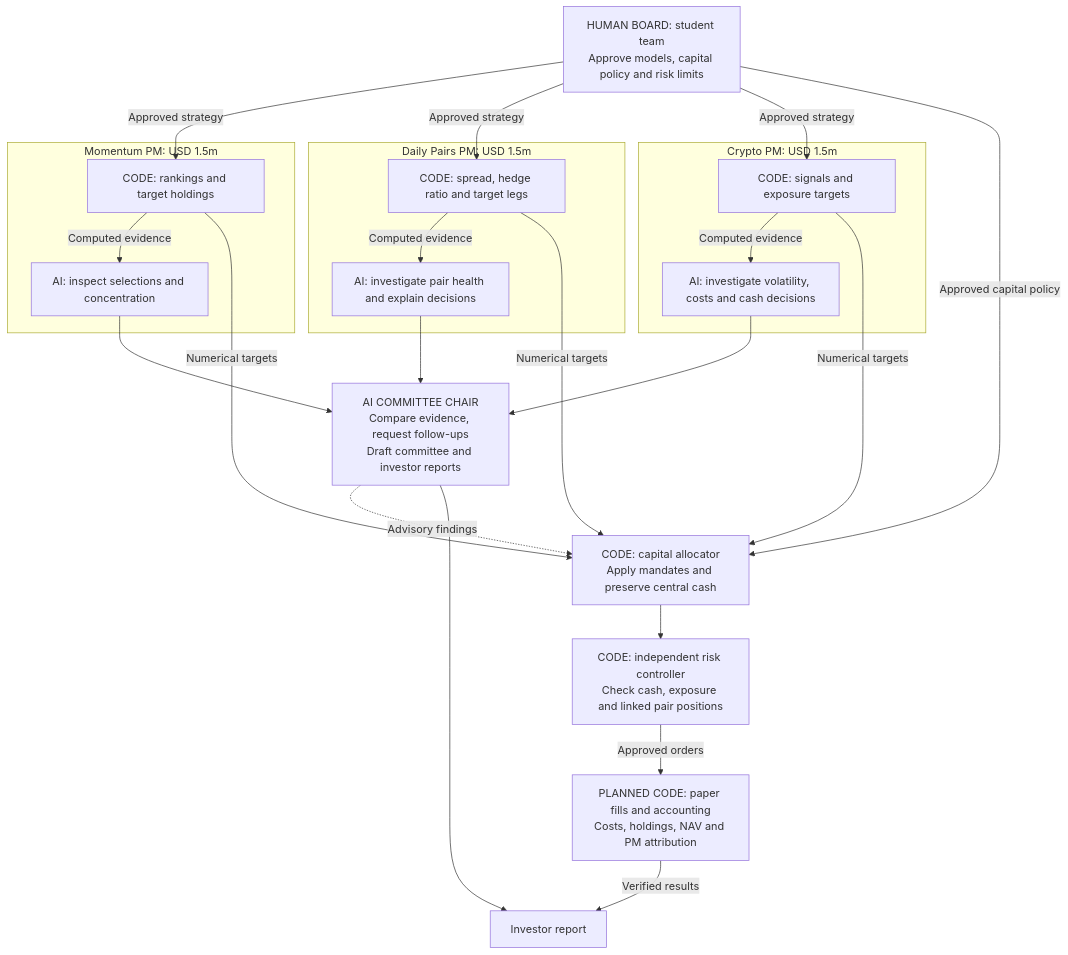
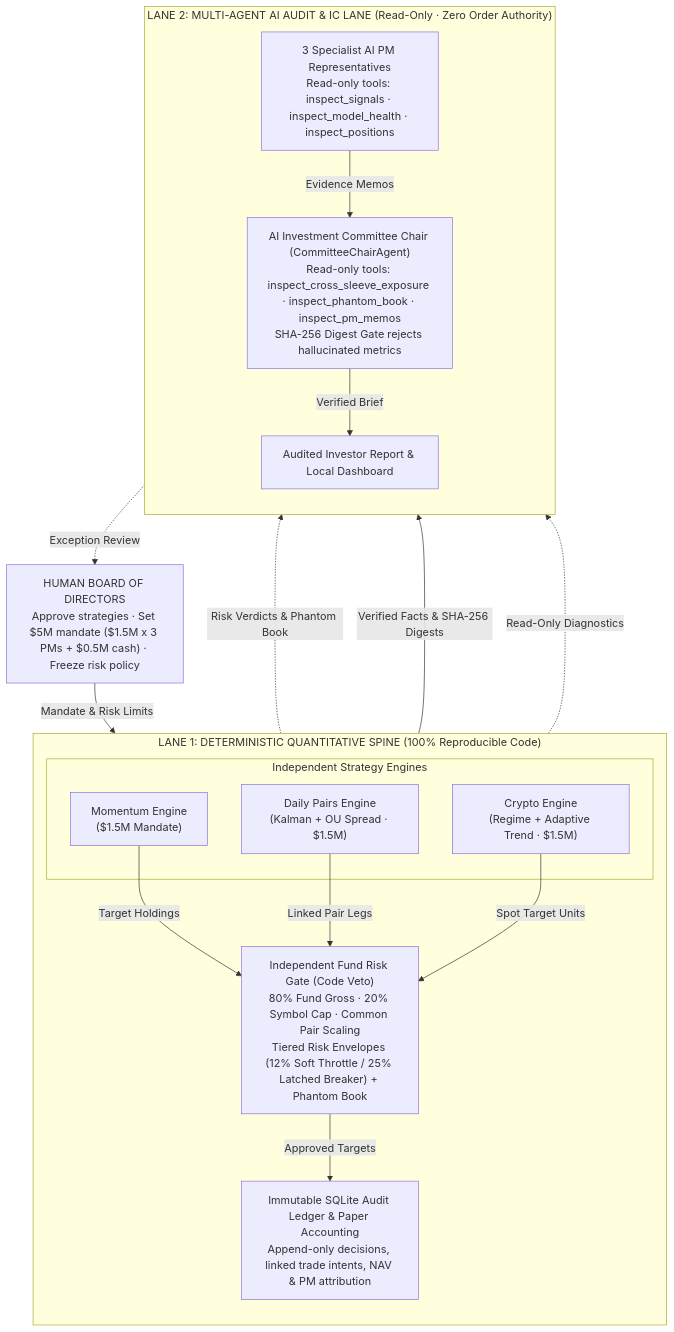
One commit to MLgeek96/Multi-Agentic-AI-Quantitative-Trading changed the second of 3 diagrams in ARCHITECTURE.md. Above: the diagram before and after it, drawn with Mermaid. The commit also changed other lines of this file and 8 other files, not shown here.

Commit message:
Add CommitteeChairAgent, tiered soft-drawdown throttling, PhantomBook, and Two-Lane architecture

````diff
--- a/ARCHITECTURE.md
+++ b/ARCHITECTURE.md
@@ -64,39 +65,36 @@
 ```mermaid
 flowchart TB
-    H["HUMAN BOARD: student team<br/>Approve models, capital policy and risk limits"]
+    BOARD["HUMAN BOARD OF DIRECTORS<br/>Approve strategies · Set $5M mandate ($1.5M x 3 PMs + $0.5M cash) · Freeze risk policy"]
 
-    subgraph M["Momentum PM: USD 1.5m"]
-        MQ["CODE: rankings and target holdings"]
-        MA["AI: inspect selections and concentration"]
-        MQ -->|Computed evidence| MA
-    end
-    subgraph P["Daily Pairs PM: USD 1.5m"]
-        PQ["CODE: spread, hedge ratio and target legs"]
-        PA["AI: investigate pair health and explain decisions"]
-        PQ -->|Computed evidence| PA
-    end
-    subgraph C["Crypto PM: USD 1.5m"]
-        CQ["CODE: signals and exposure targets"]
-        CA["AI: investigate volatility, costs and cash decisions"]
-        CQ -->|Computed evidence| CA
+    subgraph SPINE["LANE 1: DETERMINISTIC QUANTITATIVE SPINE (100% Reproducible Code)"]
+        direction TB
+        subgraph SLEEVES["Independent Strategy Engines"]
+            M_ENG["Momentum Engine<br/>($1.5M Mandate)"]
+            P_ENG["Daily Pairs Engine<br/>(Kalman + OU Spread · $1.5M)"]
+            C_ENG["Crypto Engine<br/>(Regime + Adaptive Trend · $1.5M)"]
+        end
+        RISK["Independent Fund Risk Gate (Code Veto)<br/>80% Fund Gross · 20% Symbol Cap · Common Pair Scaling<br/>Tiered Risk Envelopes (12% Soft Throttle / 25% Latched Breaker) + Phantom Book"]
+        LEDGER["Immutable SQLite Audit Ledger & Paper Accounting<br/>Append-only decisions, linked trade intents, NAV & PM attribution"]
+
+        M_ENG -->|Target Holdings| RISK
+        P_ENG -->|Linked Pair Legs| RISK
+        C_ENG -->|Spot Target Units| RISK
+        RISK -->|Approved Targets| LEDGER
     end
 
-    H -->|Approved strategy| MQ
-    H -->|Approved strategy| PQ
-    H -->|Approved strategy| CQ
-    MA --> CHAIR
-    PA --> CHAIR
-    CA --> CHAIR
-    CHAIR["AI COMMITTEE CHAIR<br/>Compare evidence, request follow-ups<br/>Draft committee and investor reports"]
+    subgraph AILANE["LANE 2: MULTI-AGENT AI AUDIT & IC LANE (Read-Only · Zero Order Authority)"]
+        direction TB
+        PM_AI["3 Specialist AI PM Representatives<br/>Read-only tools: inspect_signals · inspect_model_health · inspect_positions"]
+        CHAIR["AI Investment Committee Chair (CommitteeChairAgent)<br/>Read-only tools: inspect_cross_sleeve_exposure · inspect_phantom_book · inspect_pm_memos<br/>SHA-256 Digest Gate rejects hallucinated metrics"]
+        REPORT["Audited Investor Report & Local Dashboard"]
 
-    MQ -->|Numerical targets| ALLOC
-    PQ -->|Numerical targets| ALLOC
-    CQ -->|Numerical targets| ALLOC
-    H -->|Approved capital policy| ALLOC
-    CHAIR -.->|Advisory findings| ALLOC
-    ALLOC["CODE: capital allocator<br/>Apply mandates and preserve central cash"]
-    ALLOC --> RISK["CODE: independent risk controller<br/>Check cash, exposure and linked pair positions"]
-    RISK -->|Approved orders| EXEC["PLANNED CODE: paper fills and accounting<br/>Costs, holdings, NAV and PM attribution"]
-    CHAIR --> REPORT["Investor report"]
-    EXEC -->|Verified results| REPORT
+        PM_AI -->|Evidence Memos| CHAIR
+        CHAIR -->|Verified Brief| REPORT
+    end
+
+    BOARD -->|Mandate & Risk Limits| SPINE
+    SLEEVES -.->|Read-Only Diagnostics| PM_AI
+    RISK -.->|Risk Verdicts & Phantom Book| CHAIR
+    LEDGER -->|Verified Facts & SHA-256 Digests| REPORT
+    REPORT -.->|Exception Review| BOARD
 ```
````
